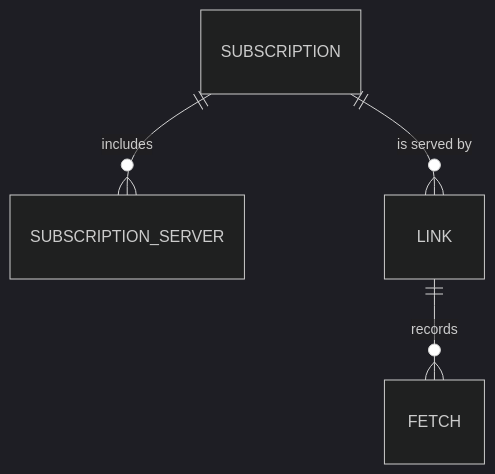
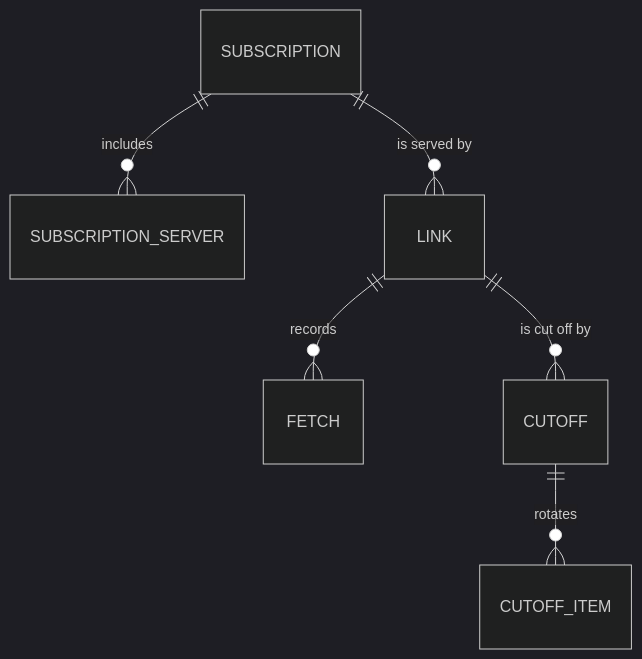
Before and after one commit to tikhonp/proxier: the second of 3 diagrams in docs/data-model.md, drawn with Mermaid (dark theme). The commit also changed other lines of this file and 67 other files, not shown here.

````diff
--- a/docs/data-model.md
+++ b/docs/data-model.md
@@ -60,6 +60,8 @@
 ```mermaid
 erDiagram
     SUBSCRIPTION ||--o{ SUBSCRIPTION_SERVER : includes
     SUBSCRIPTION ||--o{ LINK : "is served by"
     LINK ||--o{ FETCH : records
+    LINK ||--o{ CUTOFF : "is cut off by"
+    CUTOFF ||--o{ CUTOFF_ITEM : rotates
 ```
````
